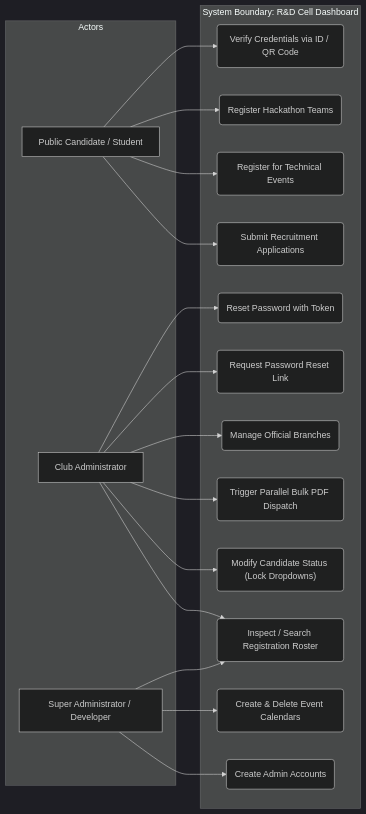
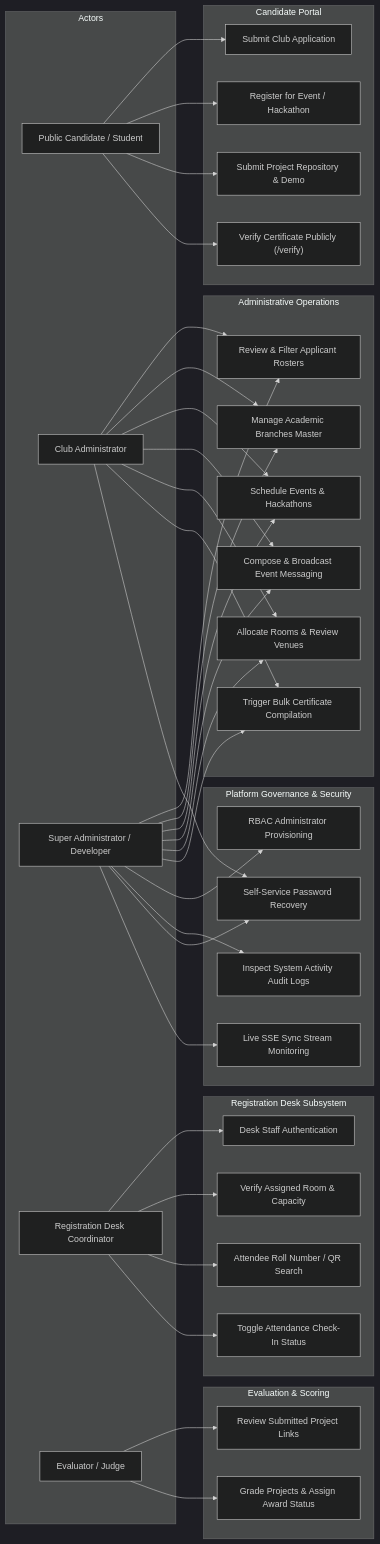
The sixth of 26 diagrams in README.md (saicharan-bhuthkuri/rd), drawn with Mermaid (dark theme) before and after one commit. The commit also changed other lines of this file and 1 other file, not shown here.

Commit message:
docs: complete overhaul of README with 26 verified diagrams, 16-table ER schema, and Table of Figures

````diff
--- a/README.md
+++ b/README.md
@@ -450,41 +536,77 @@
 ```mermaid
 graph LR
     subgraph "Actors"
         U["Public Candidate / Student"]
         A["Club Administrator"]
         SA["Super Administrator / Developer"]
+        RD["Registration Desk Coordinator"]
+        J["Evaluator / Judge"]
     end
 
-    subgraph "System Boundary: R&D Cell Dashboard"
-        UC1("Submit Recruitment Applications")
-        UC2("Register for Technical Events")
-        UC3("Register Hackathon Teams")
-        UC4("Verify Credentials via ID / QR Code")
-        
-        UC5("Inspect / Search Registration Roster")
-        UC6("Modify Candidate Status (Lock Dropdowns)")
-        UC7("Trigger Parallel Bulk PDF Dispatch")
-        UC8("Manage Official Branches")
-        
-        UC9("Create Admin Accounts")
-        UC10("Create & Delete Event Calendars")
-        UC11("Request Password Reset Link")
-        UC12("Reset Password with Token")
+    subgraph "Candidate Portal"
+        UC1["Submit Club Application"]
+        UC2["Register for Event / Hackathon"]
+        UC3["Submit Project Repository & Demo"]
+        UC4["Verify Certificate Publicly (/verify)"]
+    end
+
+    subgraph "Registration Desk Subsystem"
+        UC5["Desk Staff Authentication"]
+        UC6["Verify Assigned Room & Capacity"]
+        UC7["Attendee Roll Number / QR Search"]
+        UC8["Toggle Attendance Check-In Status"]
+    end
+
+    subgraph "Administrative Operations"
+        UC9["Review & Filter Applicant Rosters"]
+        UC10["Manage Academic Branches Master"]
+        UC11["Schedule Events & Hackathons"]
+        UC12["Compose & Broadcast Event Messaging"]
+        UC13["Allocate Rooms & Review Venues"]
+        UC14["Trigger Bulk Certificate Compilation"]
+    end
+
+    subgraph "Platform Governance & Security"
+        UC15["RBAC Administrator Provisioning"]
+        UC16["Inspect System Activity Audit Logs"]
+        UC17["Self-Service Password Recovery"]
+        UC18["Live SSE Sync Stream Monitoring"]
+    end
+
+    subgraph "Evaluation & Scoring"
+        UC19["Review Submitted Project Links"]
+        UC20["Grade Projects & Assign Award Status"]
     end
 
     U --> UC1
     U --> UC2
     U --> UC3
     U --> UC4
 
-    A --> UC5
-    A --> UC6
-    A --> UC7
-    A --> UC8
+    RD --> UC5
+    RD --> UC6
+    RD --> UC7
+    RD --> UC8
+
+    A --> UC9
+    A --> UC10
     A --> UC11
     A --> UC12
+    A --> UC13
+    A --> UC14
+    A --> UC17
 
     SA --> UC9
     SA --> UC10
-    SA --> UC5
+    SA --> UC11
+    SA --> UC12
+    SA --> UC13
+    SA --> UC14
+    SA --> UC15
+    SA --> UC16
+    SA --> UC17
+    SA --> UC18
+
+    J --> UC19
+    J --> UC20
 ```
````
